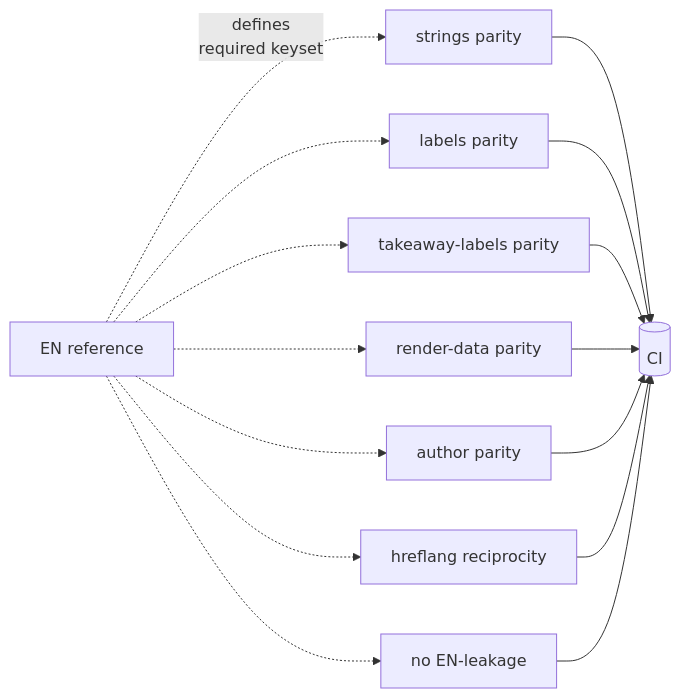
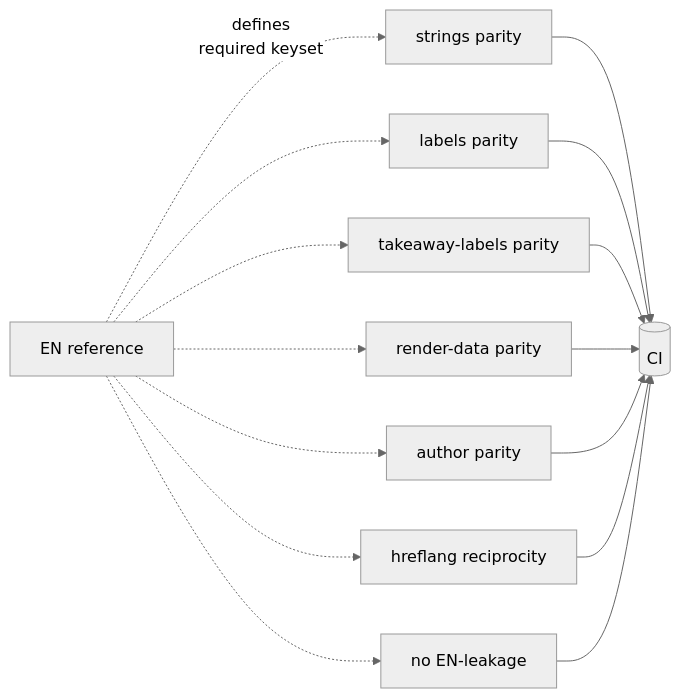
One commit to sebastienrousseau/sebastienrousseau.github.io changed the second of 3 diagrams in doc/I18N.md. Above: the diagram before and after it, drawn with Mermaid. The commit also changed other lines of this file and 6 other files, not shown here.

First line of the commit message:
docs: clean Mermaid diagrams — neutral theme, no emoji, restructured long flows

````diff
--- a/doc/I18N.md
+++ b/doc/I18N.md
@@ -160,17 +161,18 @@
 ```mermaid
+%%{init: {'theme':'neutral'} }%%
 flowchart LR
-    EN[EN reference] -.->|defines<br/>required keyset| G1[strings parity]
-    EN -.-> G2[labels parity]
-    EN -.-> G3[takeaway-labels parity]
-    EN -.-> G4[render-data parity]
-    EN -.-> G5[author parity]
-    EN -.-> G6[hreflang reciprocity]
-    EN -.-> G7[no EN-leakage]
-    G1 --> CI[(CI)]
-    G2 --> CI
-    G3 --> CI
-    G4 --> CI
-    G5 --> CI
-    G6 --> CI
-    G7 --> CI
+ EN[EN reference] -.->|defines<br/>required keyset| G1[strings parity]
+ EN -.-> G2[labels parity]
+ EN -.-> G3[takeaway-labels parity]
+ EN -.-> G4[render-data parity]
+ EN -.-> G5[author parity]
+ EN -.-> G6[hreflang reciprocity]
+ EN -.-> G7[no EN-leakage]
+ G1 --> CI[(CI)]
+ G2 --> CI
+ G3 --> CI
+ G4 --> CI
+ G5 --> CI
+ G6 --> CI
+ G7 --> CI
 ```
````
